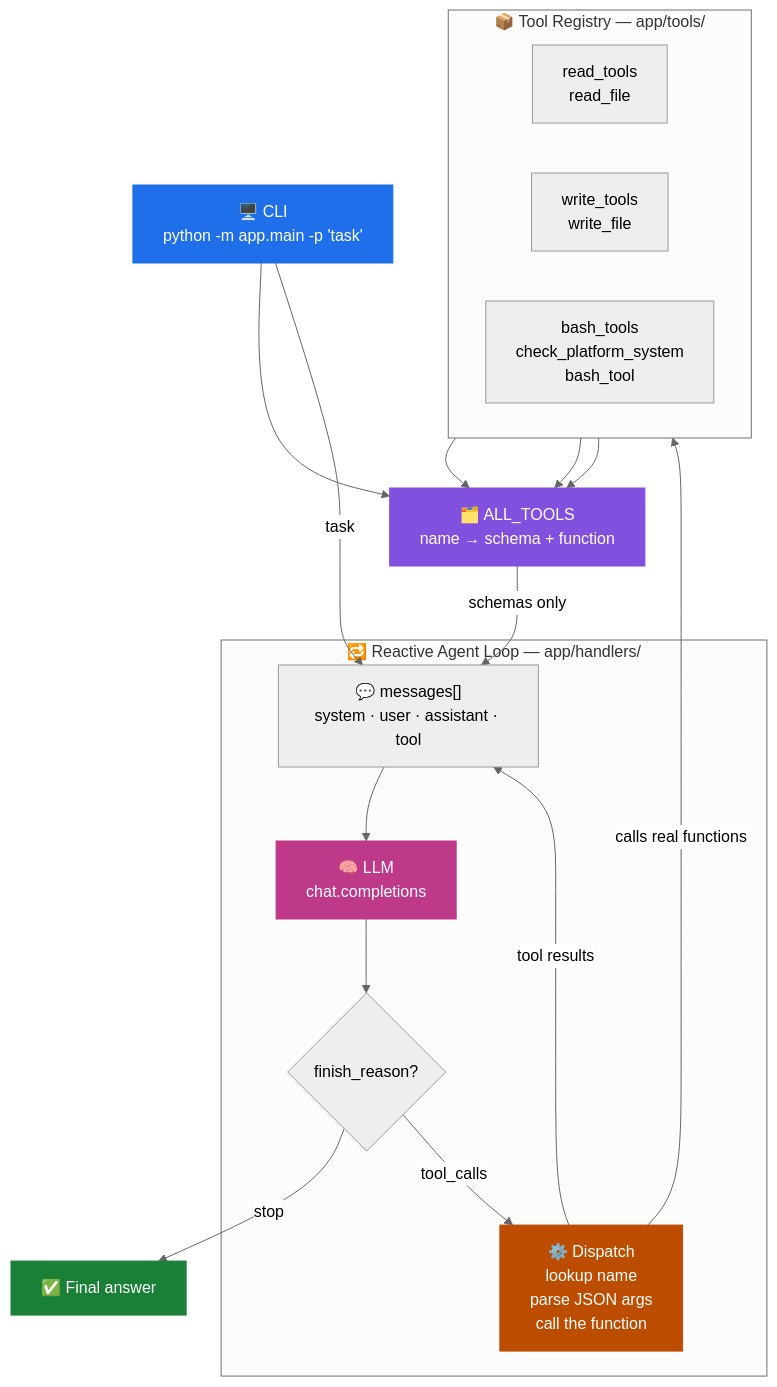
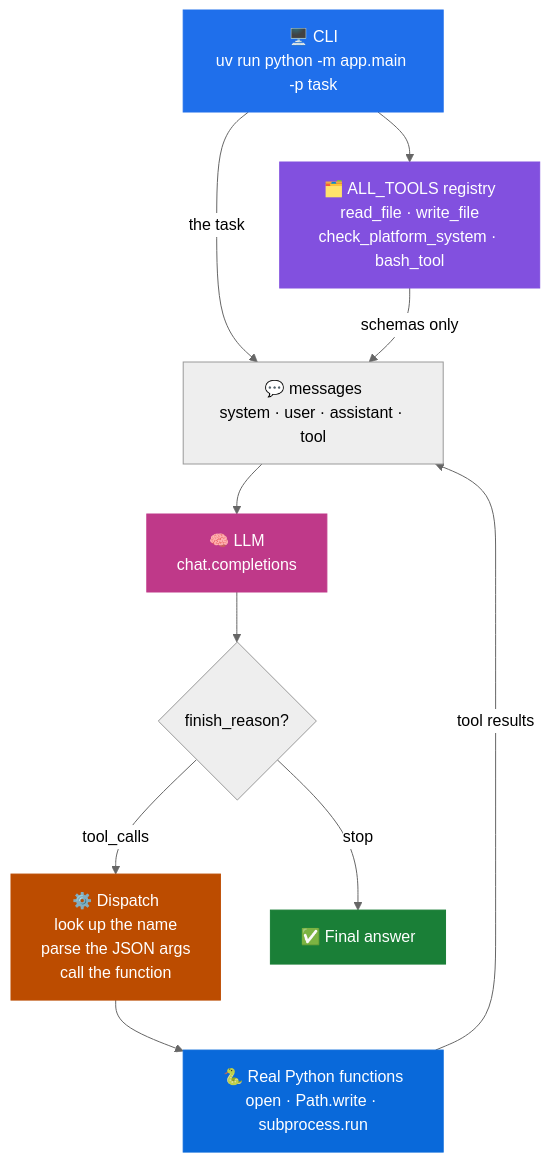
The first of 2 diagrams in README.md (jayant-system-design-projects/03-building-my-own-coding-agent), drawn with Mermaid (neutral theme) before and after one commit. The commit also changed other lines of this file, not shown here.

Commit message:
fix: make the architecture diagram render on GitHub
The flowchart used subgraphs with edges pointing into them and square
brackets inside a node label, both of which break GitHub's Mermaid renderer.

- drop the subgraphs and lay the nodes out flat
- rename 'messages[]' to 'messages' so the label parses
- switch edge labels to the -->|label| form
- add an explicit node for the real Python functions

````diff
--- a/README.md
+++ b/README.md
@@ -29,41 +29,28 @@
 ```mermaid
 flowchart TD
-    CLI["🖥️ CLI<br/>python -m app.main -p 'task'"]
-
-    subgraph REG["📦 Tool Registry — app/tools/"]
-        direction LR
-        R["read_tools<br/>read_file"]
-        W["write_tools<br/>write_file"]
-        B["bash_tools<br/>check_platform_system<br/>bash_tool"]
-    end
-
-    ALL["🗂️ ALL_TOOLS<br/>name → schema + function"]
-
-    subgraph LOOP["🔁 Reactive Agent Loop — app/handlers/"]
-        MSG["💬 messages[]<br/>system · user · assistant · tool"]
-        LLM["🧠 LLM<br/>chat.completions"]
-        CHK{"finish_reason?"}
-        DISP["⚙️ Dispatch<br/>lookup name<br/>parse JSON args<br/>call the function"]
-    end
-
+    CLI["🖥️ CLI<br/>uv run python -m app.main -p task"]
+    ALL["🗂️ ALL_TOOLS registry<br/>read_file · write_file<br/>check_platform_system · bash_tool"]
+    MSG["💬 messages<br/>system · user · assistant · tool"]
+    LLM["🧠 LLM<br/>chat.completions"]
+    CHK{"finish_reason?"}
+    DISP["⚙️ Dispatch<br/>look up the name<br/>parse the JSON args<br/>call the function"]
+    FN["🐍 Real Python functions<br/>open · Path.write · subprocess.run"]
     OUT["✅ Final answer"]
 
     CLI --> ALL
-    R --> ALL
-    W --> ALL
-    B --> ALL
-    ALL -- schemas only --> MSG
-    CLI -- task --> MSG
+    CLI -->|the task| MSG
+    ALL -->|schemas only| MSG
     MSG --> LLM
     LLM --> CHK
-    CHK -- stop --> OUT
-    CHK -- tool_calls --> DISP
-    DISP -- calls real functions --> REG
-    DISP -- tool results --> MSG
+    CHK -->|stop| OUT
+    CHK -->|tool_calls| DISP
+    DISP --> FN
+    FN -->|tool results| MSG
 
     style CLI fill:#1f6feb,stroke:#1f6feb,color:#fff
     style ALL fill:#8250df,stroke:#8250df,color:#fff
     style LLM fill:#bf3989,stroke:#bf3989,color:#fff
     style DISP fill:#bc4c00,stroke:#bc4c00,color:#fff
+    style FN fill:#0969da,stroke:#0969da,color:#fff
     style OUT fill:#1a7f37,stroke:#1a7f37,color:#fff
 ```
````
